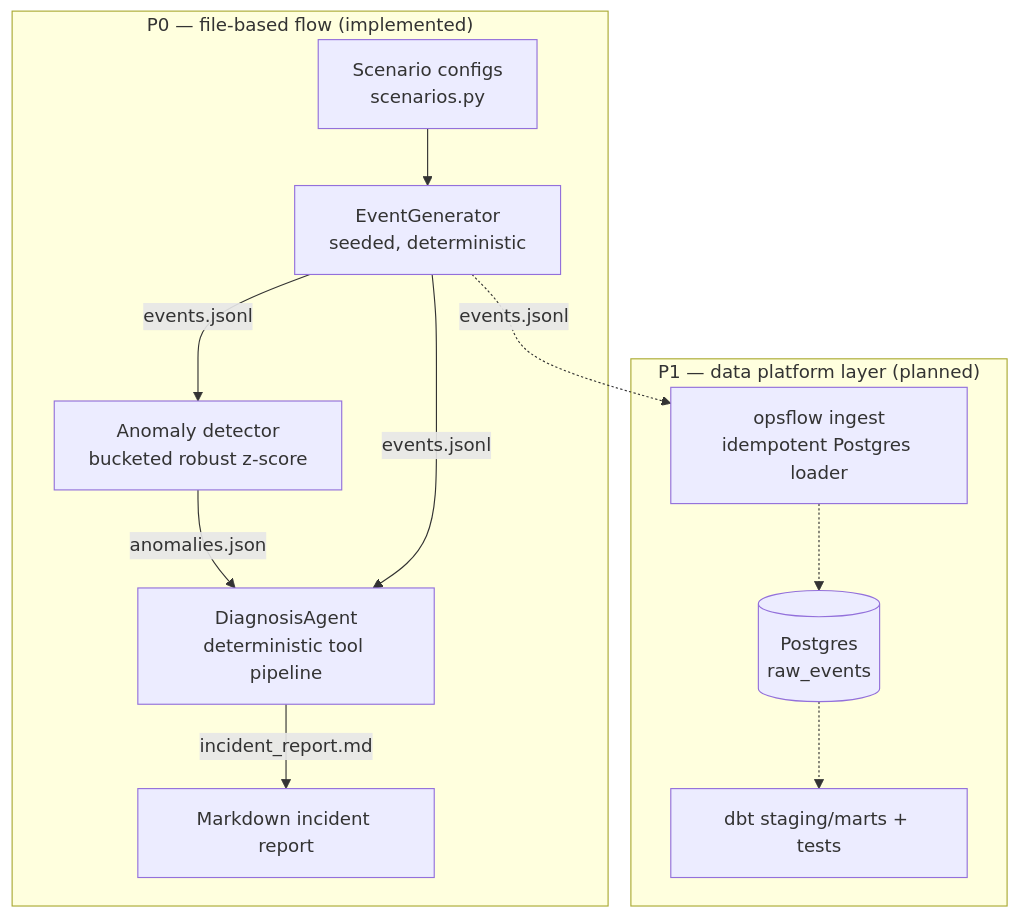
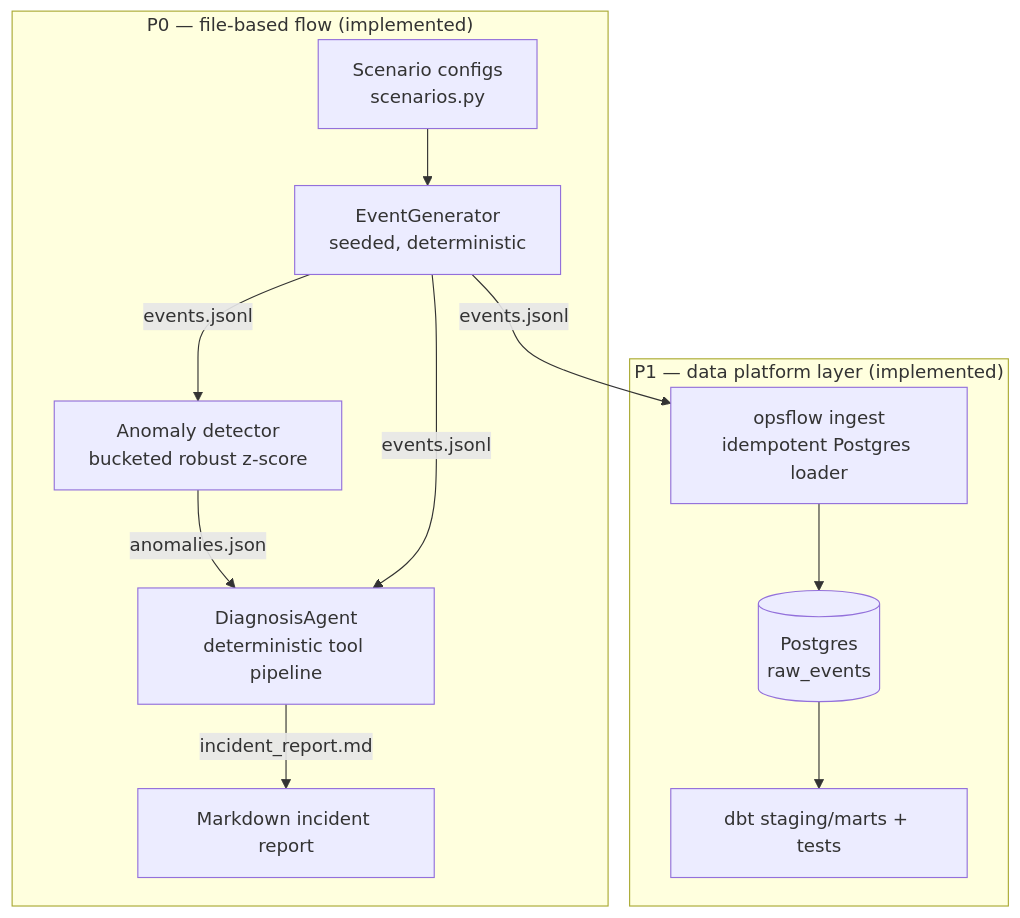
One commit to eminerdeger/opsflow-ai changed the diagram in docs/architecture.md. Above: the diagram before and after it, drawn with Mermaid. The commit also changed other lines of this file and 22 other files, not shown here.

First line of the commit message:
P1: add Postgres ingestion and dbt models

````diff
--- a/docs/architecture.md
+++ b/docs/architecture.md
@@ -11,16 +11,16 @@
 ```mermaid
 flowchart TB
     subgraph P0["P0 — file-based flow (implemented)"]
         SC[Scenario configs\nscenarios.py] --> G
         G[EventGenerator\nseeded, deterministic] -->|events.jsonl| DET
         DET[Anomaly detector\nbucketed robust z-score] -->|anomalies.json| RCA
         G -->|events.jsonl| RCA
         RCA[DiagnosisAgent\ndeterministic tool pipeline] -->|incident_report.md| REP[Markdown incident report]
     end
 
-    subgraph P1["P1 — data platform layer (planned)"]
-        G -.->|events.jsonl| ING[opsflow ingest\nidempotent Postgres loader]
-        ING -.-> PG[(Postgres\nraw_events)]
-        PG -.-> DBT[dbt staging/marts + tests]
+    subgraph P1["P1 — data platform layer (implemented)"]
+        G -->|events.jsonl| ING[opsflow ingest\nidempotent Postgres loader]
+        ING --> PG[(Postgres\nraw_events)]
+        PG --> DBT[dbt staging/marts + tests]
     end
 ```
````
